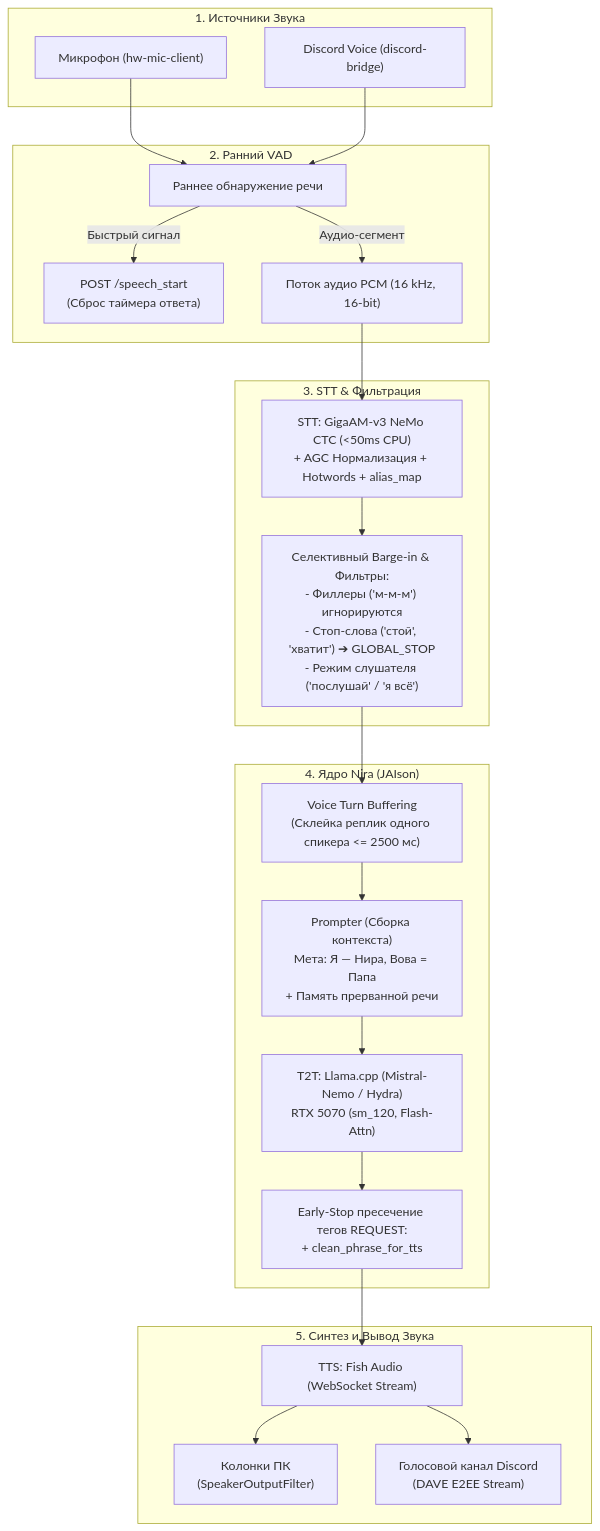
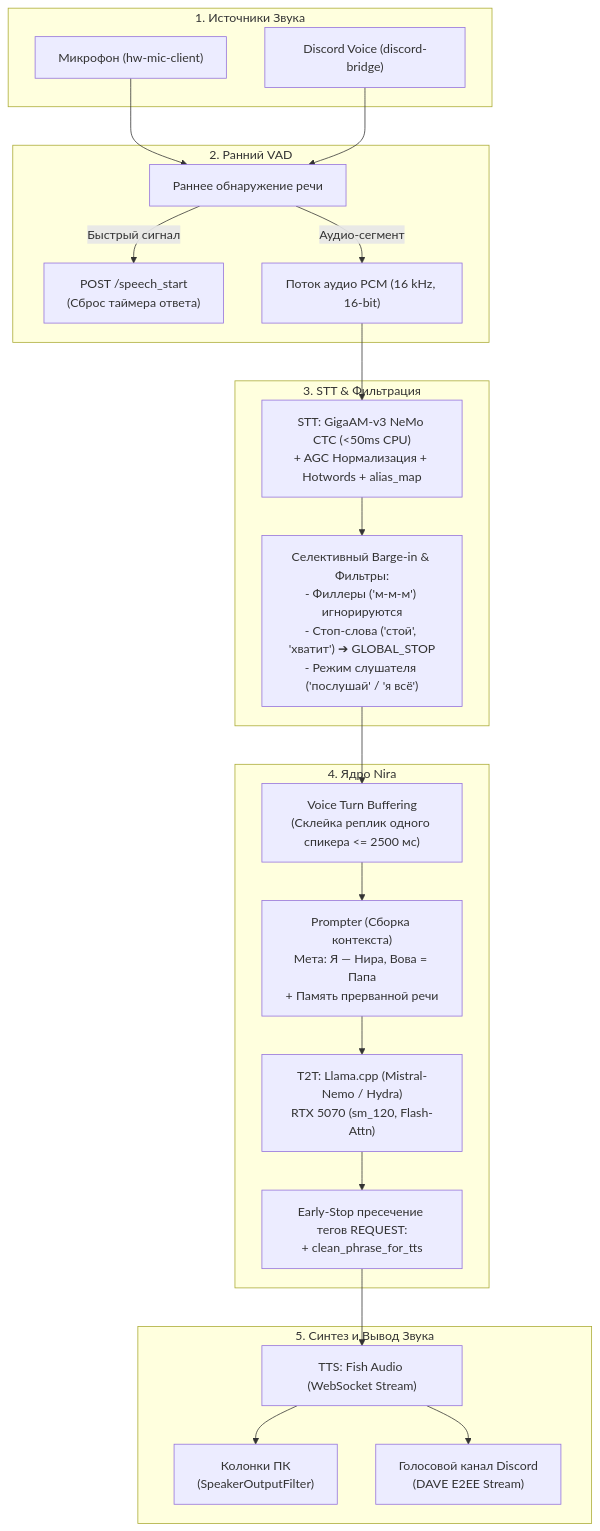
One commit to Dahaka52/Nira-AI changed the diagram in АРХИТЕКТУРА проекта Нира.md. Above: the diagram before and after it, drawn with Mermaid. The commit also changed other lines of this file and 18 other files, not shown here.

````diff
--- a/АРХИТЕКТУРА проекта Нира.md
+++ b/АРХИТЕКТУРА проекта Нира.md
@@ -41,45 +41,45 @@
 ```mermaid
 flowchart TD
     subgraph AudioSources["1. Источники Звука"]
         MIC["Микрофон (hw-mic-client)"]
         DISCORD["Discord Voice (discord-bridge)"]
     end
 
     subgraph EarlyVAD["2. Ранний VAD"]
         VAD["Раннее обнаружение речи"]
         SIG["POST /speech_start\n(Сброс таймера ответа)"]
         PCM["Поток аудио PCM (16 kHz, 16-bit)"]
     end
 
     subgraph STTPipeline["3. STT & Фильтрация"]
         STT["STT: GigaAM-v3 NeMo CTC (<50ms CPU)\n+ AGC Нормализация + Hotwords + alias_map"]
         BARGE["Селективный Barge-in & Фильтры:\n- Филлеры ('м-м-м') игнорируются\n- Стоп-слова ('стой', 'хватит') ➔ GLOBAL_STOP\n- Режим слушателя ('послушай' / 'я всё')"]
     end
 
-    subgraph CoreEngine["4. Ядро Nira (JAIson)"]
+    subgraph CoreEngine["4. Ядро Nira"]
         BUFFER["Voice Turn Buffering\n(Склейка реплик одного спикера <= 2500 мс)"]
         PROMPT["Prompter (Сборка контекста)\nМета: Я — Нира, Вова = Папа\n+ Память прерванной речи"]
         LLM["T2T: Llama.cpp (Mistral-Nemo / Hydra)\nRTX 5070 (sm_120, Flash-Attn)"]
         EARLYSTOP["Early-Stop пресечение тегов REQUEST:\n+ clean_phrase_for_tts"]
     end
 
     subgraph TTSOutput["5. Синтез и Вывод Звука"]
         TTS["TTS: Fish Audio (WebSocket Stream)"]
         SPEAKER["Колонки ПК\n(SpeakerOutputFilter)"]
         DISCORD_OUT["Голосовой канал Discord\n(DAVE E2EE Stream)"]
     end
 
     MIC --> VAD
     DISCORD --> VAD
     VAD -->|Быстрый сигнал| SIG
     VAD -->|Аудио-сегмент| PCM
     PCM --> STT
     STT --> BARGE
     BARGE --> BUFFER
     BUFFER --> PROMPT
     PROMPT --> LLM
     LLM --> EARLYSTOP
     EARLYSTOP --> TTS
     TTS --> SPEAKER
     TTS --> DISCORD_OUT
 ```
````
